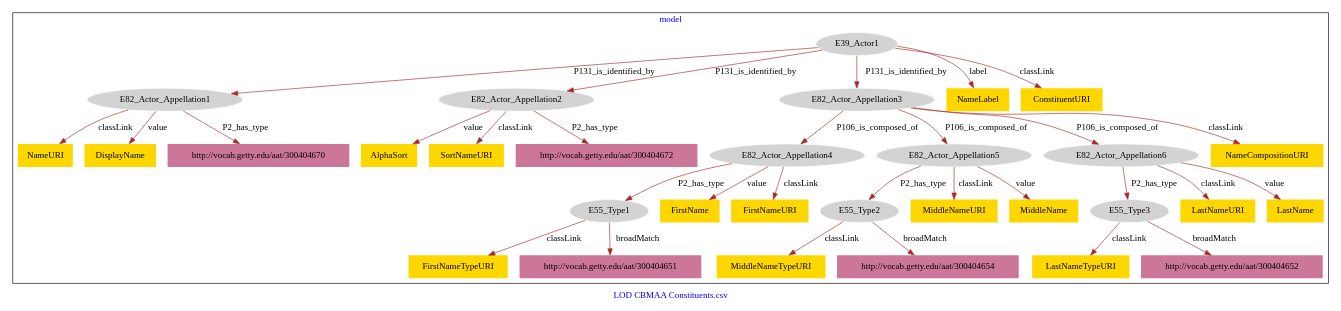
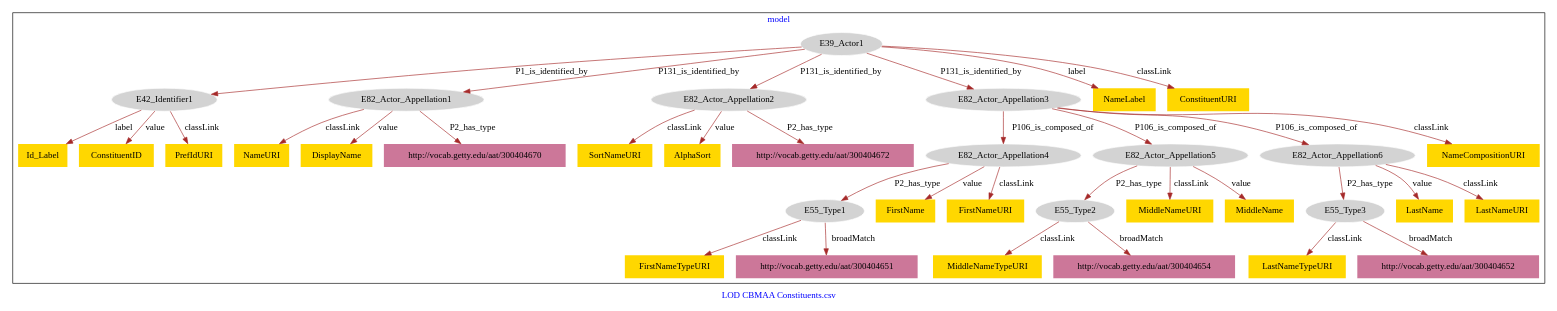
The diagram in CBMAA_Constituents/CBMAA_Constituents-model.dot (american-art/cbm), drawn with Graphviz before and after one commit.

Commit message:
Update file CBMAA_Constituents-model.dot

```diff
--- a/CBMAA_Constituents/CBMAA_Constituents-model.dot
+++ b/CBMAA_Constituents/CBMAA_Constituents-model.dot
@@ -1,69 +1,77 @@
 digraph n0 {
 fontcolor="blue"
 remincross="true"
 label="LOD CBMAA Constituents.csv"
 subgraph cluster {
 label="model"
 n2[style="filled",color="white",fillcolor="lightgray",label="E39_Actor1"];
-n3[style="filled",color="white",fillcolor="lightgray",label="E82_Actor_Appellation1"];
-n4[style="filled",color="white",fillcolor="lightgray",label="E82_Actor_Appellation2"];
-n5[style="filled",color="white",fillcolor="lightgray",label="E82_Actor_Appellation3"];
-n6[style="filled",color="white",fillcolor="lightgray",label="E82_Actor_Appellation4"];
-n7[style="filled",color="white",fillcolor="lightgray",label="E82_Actor_Appellation5"];
-n8[style="filled",color="white",fillcolor="lightgray",label="E82_Actor_Appellation6"];
-n9[style="filled",color="white",fillcolor="lightgray",label="E55_Type1"];
-n10[style="filled",color="white",fillcolor="lightgray",label="E55_Type2"];
-n11[style="filled",color="white",fillcolor="lightgray",label="E55_Type3"];
-n12[shape="plaintext",style="filled",fillcolor="gold",label="LastNameTypeURI"];
-n13[shape="plaintext",style="filled",fillcolor="gold",label="MiddleNameURI"];
-n14[shape="plaintext",style="filled",fillcolor="gold",label="FirstName"];
-n15[shape="plaintext",style="filled",fillcolor="gold",label="LastNameURI"];
-n16[shape="plaintext",style="filled",fillcolor="gold",label="MiddleName"];
-n17[shape="plaintext",style="filled",fillcolor="gold",label="LastName"];
-n18[shape="plaintext",style="filled",fillcolor="gold",label="NameURI"];
-n19[shape="plaintext",style="filled",fillcolor="gold",label="NameCompositionURI"];
-n20[shape="plaintext",style="filled",fillcolor="gold",label="NameLabel"];
-n21[shape="plaintext",style="filled",fillcolor="gold",label="ConstituentURI"];
-n22[shape="plaintext",style="filled",fillcolor="gold",label="FirstNameURI"];
-n23[shape="plaintext",style="filled",fillcolor="gold",label="DisplayName"];
-n24[shape="plaintext",style="filled",fillcolor="gold",label="AlphaSort"];
-n25[shape="plaintext",style="filled",fillcolor="gold",label="MiddleNameTypeURI"];
-n26[shape="plaintext",style="filled",fillcolor="gold",label="FirstNameTypeURI"];
-n27[shape="plaintext",style="filled",fillcolor="gold",label="SortNameURI"];
-n28[shape="plaintext",style="filled",fillcolor="#CC7799",label="http://vocab.getty.edu/aat/300404670"];
-n29[shape="plaintext",style="filled",fillcolor="#CC7799",label="http://vocab.getty.edu/aat/300404651"];
-n30[shape="plaintext",style="filled",fillcolor="#CC7799",label="http://vocab.getty.edu/aat/300404672"];
-n31[shape="plaintext",style="filled",fillcolor="#CC7799",label="http://vocab.getty.edu/aat/300404654"];
-n32[shape="plaintext",style="filled",fillcolor="#CC7799",label="http://vocab.getty.edu/aat/300404652"];
+n3[style="filled",color="white",fillcolor="lightgray",label="E42_Identifier1"];
+n4[style="filled",color="white",fillcolor="lightgray",label="E82_Actor_Appellation1"];
+n5[style="filled",color="white",fillcolor="lightgray",label="E82_Actor_Appellation2"];
+n6[style="filled",color="white",fillcolor="lightgray",label="E82_Actor_Appellation3"];
+n7[style="filled",color="white",fillcolor="lightgray",label="E82_Actor_Appellation4"];
+n8[style="filled",color="white",fillcolor="lightgray",label="E82_Actor_Appellation5"];
+n9[style="filled",color="white",fillcolor="lightgray",label="E82_Actor_Appellation6"];
+n10[style="filled",color="white",fillcolor="lightgray",label="E55_Type1"];
+n11[style="filled",color="white",fillcolor="lightgray",label="E55_Type2"];
+n12[style="filled",color="white",fillcolor="lightgray",label="E55_Type3"];
+n13[shape="plaintext",style="filled",fillcolor="gold",label="SortNameURI"];
+n14[shape="plaintext",style="filled",fillcolor="gold",label="NameURI"];
+n15[shape="plaintext",style="filled",fillcolor="gold",label="MiddleNameTypeURI"];
+n16[shape="plaintext",style="filled",fillcolor="gold",label="AlphaSort"];
+n17[shape="plaintext",style="filled",fillcolor="gold",label="Id_Label"];
+n18[shape="plaintext",style="filled",fillcolor="gold",label="MiddleNameURI"];
+n19[shape="plaintext",style="filled",fillcolor="gold",label="NameLabel"];
+n20[shape="plaintext",style="filled",fillcolor="gold",label="MiddleName"];
+n21[shape="plaintext",style="filled",fillcolor="gold",label="FirstName"];
+n22[shape="plaintext",style="filled",fillcolor="gold",label="NameCompositionURI"];
+n23[shape="plaintext",style="filled",fillcolor="gold",label="LastName"];
+n24[shape="plaintext",style="filled",fillcolor="gold",label="ConstituentID"];
+n25[shape="plaintext",style="filled",fillcolor="gold",label="FirstNameTypeURI"];
+n26[shape="plaintext",style="filled",fillcolor="gold",label="ConstituentURI"];
+n27[shape="plaintext",style="filled",fillcolor="gold",label="FirstNameURI"];
+n28[shape="plaintext",style="filled",fillcolor="gold",label="LastNameTypeURI"];
+n29[shape="plaintext",style="filled",fillcolor="gold",label="PrefIdURI"];
+n30[shape="plaintext",style="filled",fillcolor="gold",label="DisplayName"];
+n31[shape="plaintext",style="filled",fillcolor="gold",label="LastNameURI"];
+n32[shape="plaintext",style="filled",fillcolor="#CC7799",label="http://vocab.getty.edu/aat/300404670"];
+n33[shape="plaintext",style="filled",fillcolor="#CC7799",label="http://vocab.getty.edu/aat/300404651"];
+n34[shape="plaintext",style="filled",fillcolor="#CC7799",label="http://vocab.getty.edu/aat/300404672"];
+n35[shape="plaintext",style="filled",fillcolor="#CC7799",label="http://vocab.getty.edu/aat/300404654"];
+n36[shape="plaintext",style="filled",fillcolor="#CC7799",label="http://vocab.getty.edu/aat/300404652"];
 }
-n2 -> n3[color="brown",fontcolor="black",label="P131_is_identified_by"]
+n2 -> n3[color="brown",fontcolor="black",label="P1_is_identified_by"]
 n2 -> n4[color="brown",fontcolor="black",label="P131_is_identified_by"]
 n2 -> n5[color="brown",fontcolor="black",label="P131_is_identified_by"]
-n5 -> n6[color="brown",fontcolor="black",label="P106_is_composed_of"]
-n5 -> n7[color="brown",fontcolor="black",label="P106_is_composed_of"]
-n5 -> n8[color="brown",fontcolor="black",label="P106_is_composed_of"]
-n6 -> n9[color="brown",fontcolor="black",label="P2_has_type"]
+n2 -> n6[color="brown",fontcolor="black",label="P131_is_identified_by"]
+n6 -> n7[color="brown",fontcolor="black",label="P106_is_composed_of"]
+n6 -> n8[color="brown",fontcolor="black",label="P106_is_composed_of"]
+n6 -> n9[color="brown",fontcolor="black",label="P106_is_composed_of"]
 n7 -> n10[color="brown",fontcolor="black",label="P2_has_type"]
 n8 -> n11[color="brown",fontcolor="black",label="P2_has_type"]
-n11 -> n12[color="brown",fontcolor="black",label="classLink"]
-n7 -> n13[color="brown",fontcolor="black",label="classLink"]
-n6 -> n14[color="brown",fontcolor="black",label="value"]
-n8 -> n15[color="brown",fontcolor="black",label="classLink"]
-n7 -> n16[color="brown",fontcolor="black",label="value"]
-n8 -> n17[color="brown",fontcolor="black",label="value"]
-n3 -> n18[color="brown",fontcolor="black",label="classLink"]
-n5 -> n19[color="brown",fontcolor="black",label="classLink"]
-n2 -> n20[color="brown",fontcolor="black",label="label"]
-n2 -> n21[color="brown",fontcolor="black",label="classLink"]
+n9 -> n12[color="brown",fontcolor="black",label="P2_has_type"]
+n5 -> n13[color="brown",fontcolor="black",label="classLink"]
+n4 -> n14[color="brown",fontcolor="black",label="classLink"]
+n11 -> n15[color="brown",fontcolor="black",label="classLink"]
+n5 -> n16[color="brown",fontcolor="black",label="value"]
+n3 -> n17[color="brown",fontcolor="black",label="label"]
+n8 -> n18[color="brown",fontcolor="black",label="classLink"]
+n2 -> n19[color="brown",fontcolor="black",label="label"]
+n8 -> n20[color="brown",fontcolor="black",label="value"]
+n7 -> n21[color="brown",fontcolor="black",label="value"]
 n6 -> n22[color="brown",fontcolor="black",label="classLink"]
-n3 -> n23[color="brown",fontcolor="black",label="value"]
-n4 -> n24[color="brown",fontcolor="black",label="value"]
+n9 -> n23[color="brown",fontcolor="black",label="value"]
+n3 -> n24[color="brown",fontcolor="black",label="value"]
 n10 -> n25[color="brown",fontcolor="black",label="classLink"]
-n9 -> n26[color="brown",fontcolor="black",label="classLink"]
-n4 -> n27[color="brown",fontcolor="black",label="classLink"]
-n3 -> n28[color="brown",fontcolor="black",label="P2_has_type"]
-n9 -> n29[color="brown",fontcolor="black",label="broadMatch"]
-n4 -> n30[color="brown",fontcolor="black",label="P2_has_type"]
-n10 -> n31[color="brown",fontcolor="black",label="broadMatch"]
-n11 -> n32[color="brown",fontcolor="black",label="broadMatch"]
+n2 -> n26[color="brown",fontcolor="black",label="classLink"]
+n7 -> n27[color="brown",fontcolor="black",label="classLink"]
+n12 -> n28[color="brown",fontcolor="black",label="classLink"]
+n3 -> n29[color="brown",fontcolor="black",label="classLink"]
+n4 -> n30[color="brown",fontcolor="black",label="value"]
+n9 -> n31[color="brown",fontcolor="black",label="classLink"]
+n4 -> n32[color="brown",fontcolor="black",label="P2_has_type"]
+n10 -> n33[color="brown",fontcolor="black",label="broadMatch"]
+n5 -> n34[color="brown",fontcolor="black",label="P2_has_type"]
+n11 -> n35[color="brown",fontcolor="black",label="broadMatch"]
+n12 -> n36[color="brown",fontcolor="black",label="broadMatch"]
 }
```
